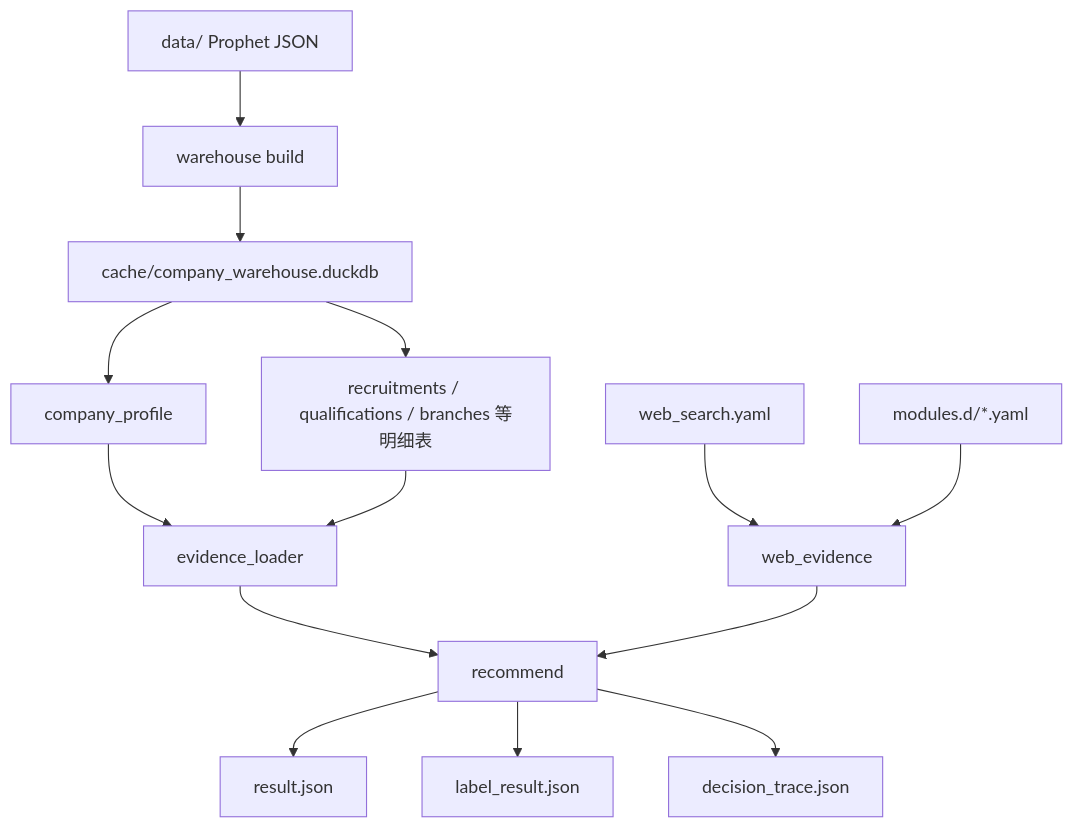
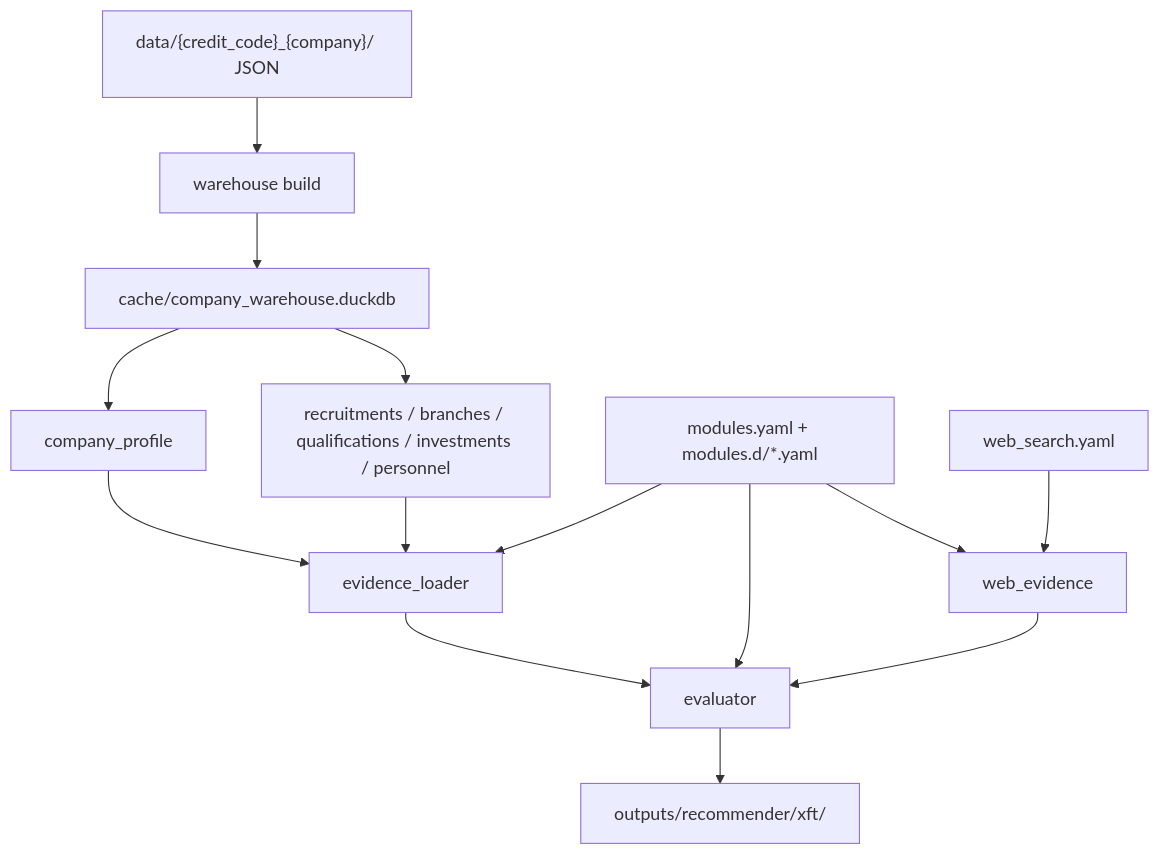
One commit to leeing/xft-dd changed the second of 2 diagrams in docs/ARCHITECTURE.md. Above: the diagram before and after it, drawn with Mermaid. The commit also changed other lines of this file and 5 other files, not shown here.

First line of the commit message:
📝 docs: refresh README and architecture docs

````diff
--- a/docs/ARCHITECTURE.md
+++ b/docs/ARCHITECTURE.md
@@ -68,16 +57,16 @@
 ```mermaid
 flowchart TB
-    raw["data/ Prophet JSON"] --> etl["warehouse build"]
-    etl --> duck["cache/company_warehouse.duckdb"]
+    raw["data/{credit_code}_{company}/ JSON"] --> warehouse["warehouse build"]
+    warehouse --> duck["cache/company_warehouse.duckdb"]
     duck --> profile["company_profile"]
-    duck --> details["recruitments / qualifications / branches 等明细表"]
+    duck --> detail["recruitments / branches / qualifications / investments / personnel"]
     profile --> local["evidence_loader"]
-    details --> local
-    local --> biz["recommend"]
+    detail --> local
+    local --> recommend["evaluator"]
+    cfg["modules.yaml + modules.d/*.yaml"] --> local
+    cfg --> recommend
     webcfg["web_search.yaml"] --> web["web_evidence"]
-    modcfg["modules.d/*.yaml"] --> web
-    web --> biz
-    biz --> result["result.json"]
-    biz --> detail["label_result.json"]
-    biz --> trace["decision_trace.json"]
+    cfg --> web
+    web --> recommend
+    recommend --> out["outputs/recommender/xft/<run_id>"]
 ```
````
